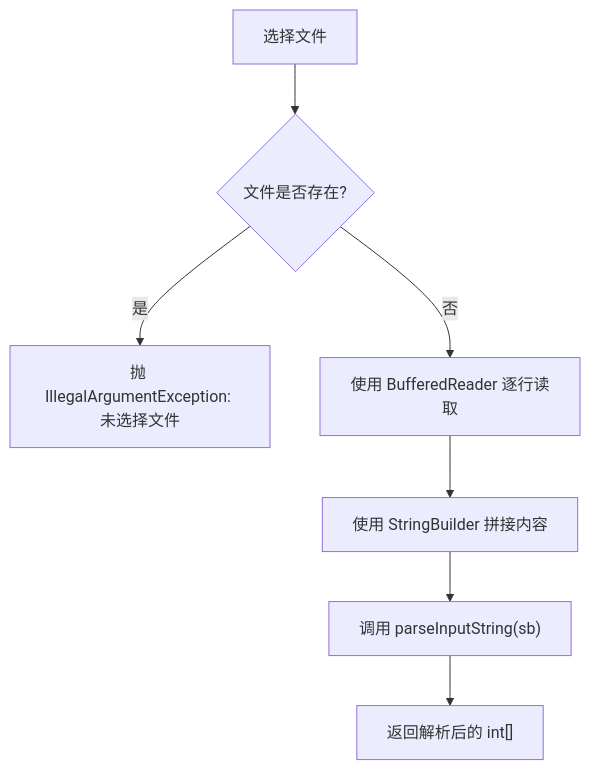
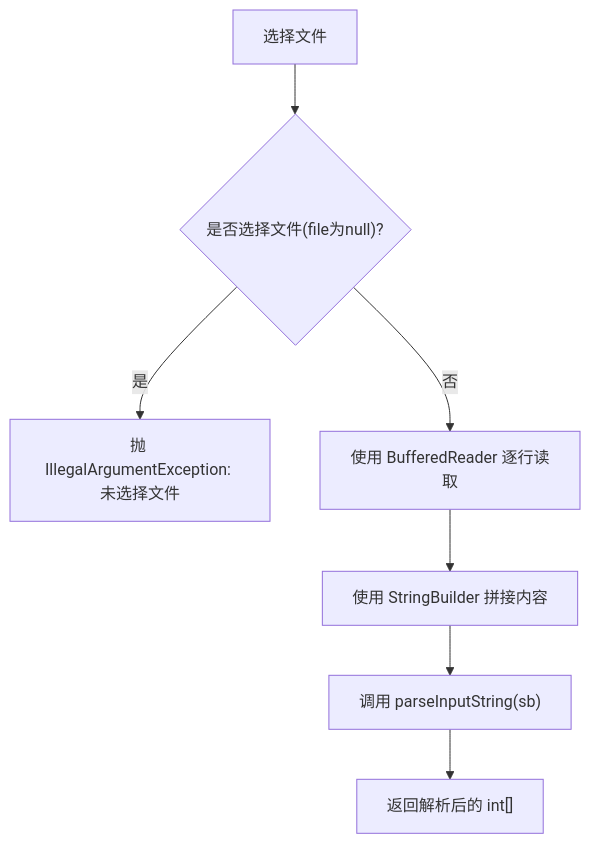
Before and after one commit to emmm-2333/sorting-visualizer-java: the sixth of 16 diagrams in 详细设计与编码调试分析_中文版.md, drawn with Mermaid. The commit also changed other lines of this file and 2 other files, not shown here.

````diff
--- a/详细设计与编码调试分析_中文版.md
+++ b/详细设计与编码调试分析_中文版.md
@@ -290,9 +309,9 @@
 ```mermaid
 flowchart TD
-  A[选择文件] --> B{文件是否存在?}
+  A[选择文件] --> B{"是否选择文件(file为null)?"}
   B -->|是| C[抛 IllegalArgumentException: 未选择文件]
   B -->|否| D[使用 BufferedReader 逐行读取]
   D --> E[使用 StringBuilder 拼接内容]
   E --> F["调用 parseInputString(sb)"]
   F --> G["返回解析后的 int[]"]
 ```
````
